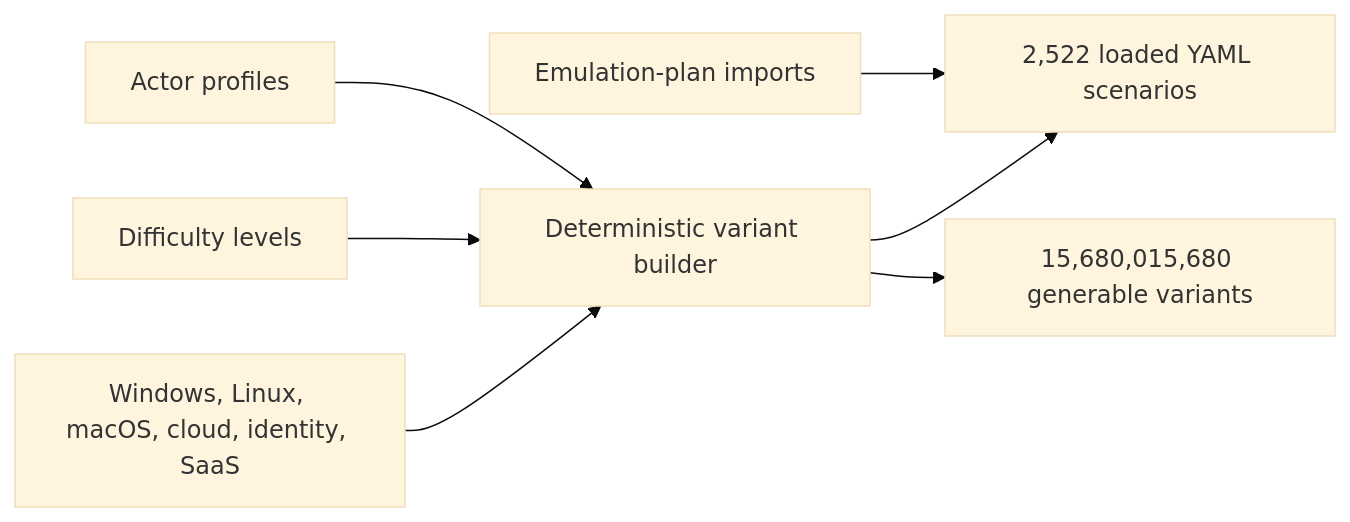
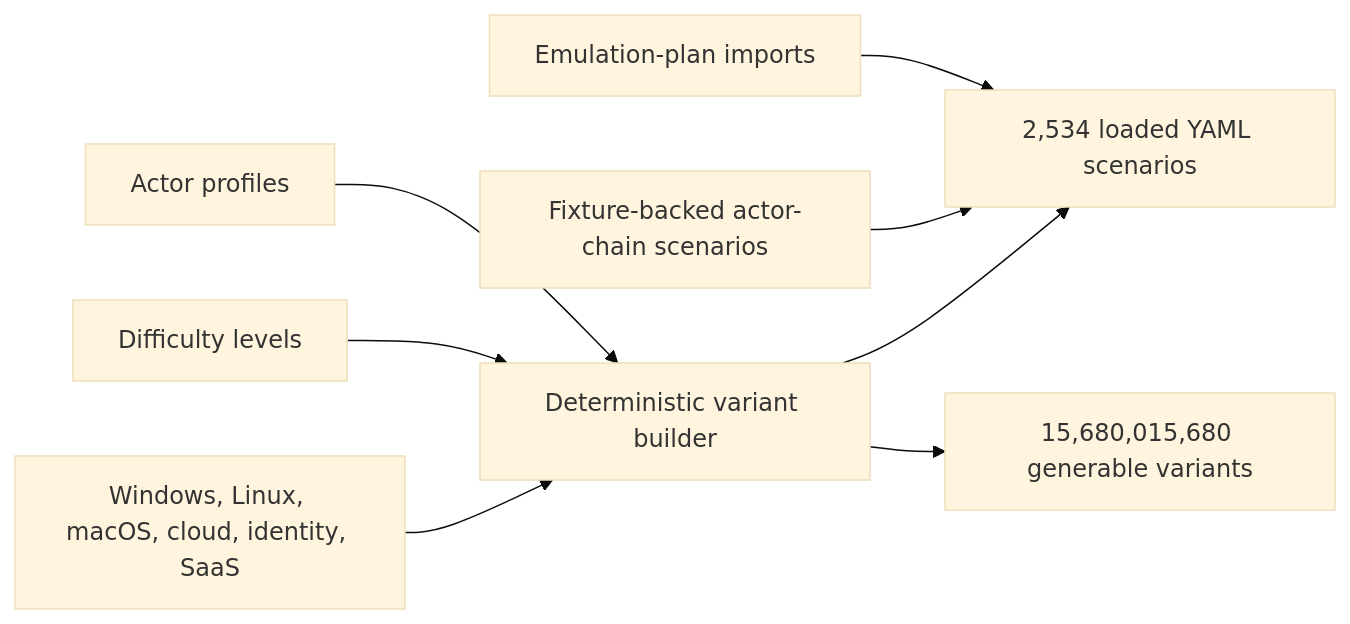
One commit to omarbabba779xx/APT-Simulator changed the fourth of 5 diagrams in README.md. Above: the diagram before and after it, drawn with Mermaid (base theme). The commit also changed other lines of this file and 30 other files, not shown here.

````diff
--- a/README.md
+++ b/README.md
@@ -78,9 +85,10 @@
 ```mermaid
 flowchart LR
     Actors["Actor profiles"] --> Variants["Deterministic variant builder"]
     Difficulty["Difficulty levels"] --> Variants
     Platforms["Windows, Linux, macOS, cloud, identity, SaaS"] --> Variants
-    AEL["Emulation-plan imports"] --> Loaded["2,522 loaded YAML scenarios"]
+    AEL["Emulation-plan imports"] --> Loaded["2,534 loaded YAML scenarios"]
+    Validated["Fixture-backed actor-chain scenarios"] --> Loaded
     Variants --> Loaded
     Variants --> Space["15,680,015,680 generable variants"]
 ```
````
